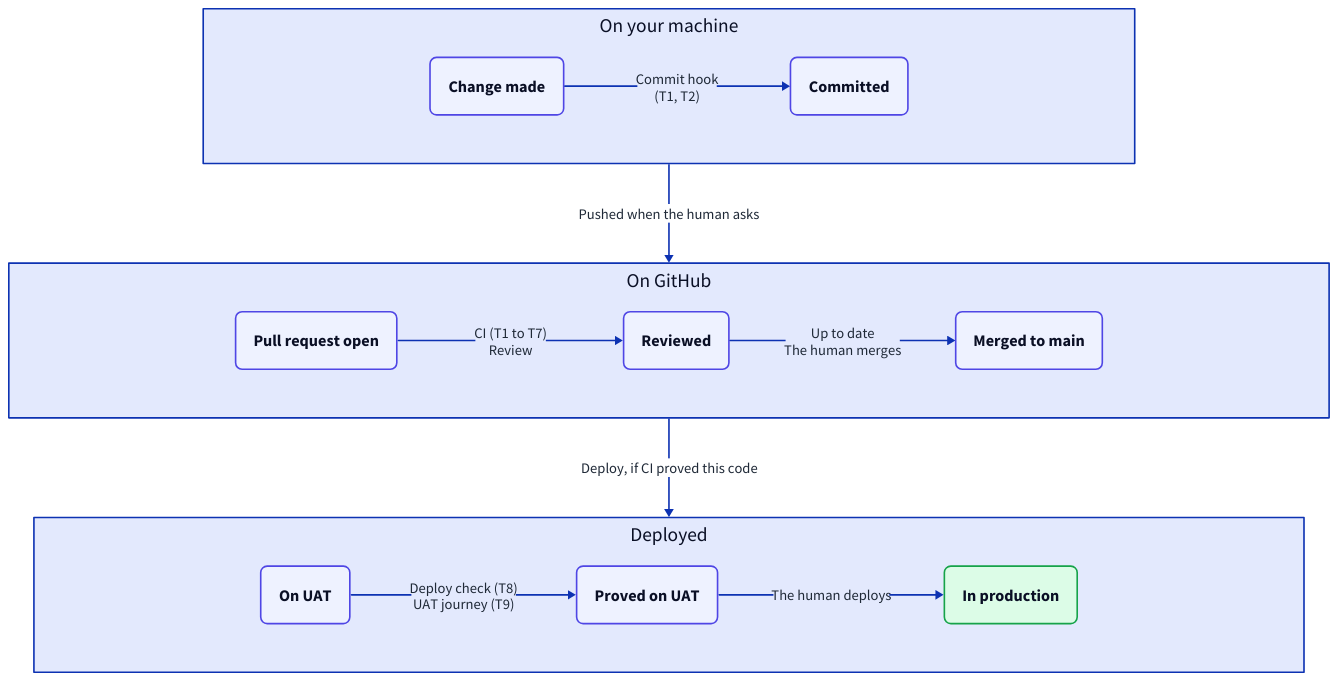
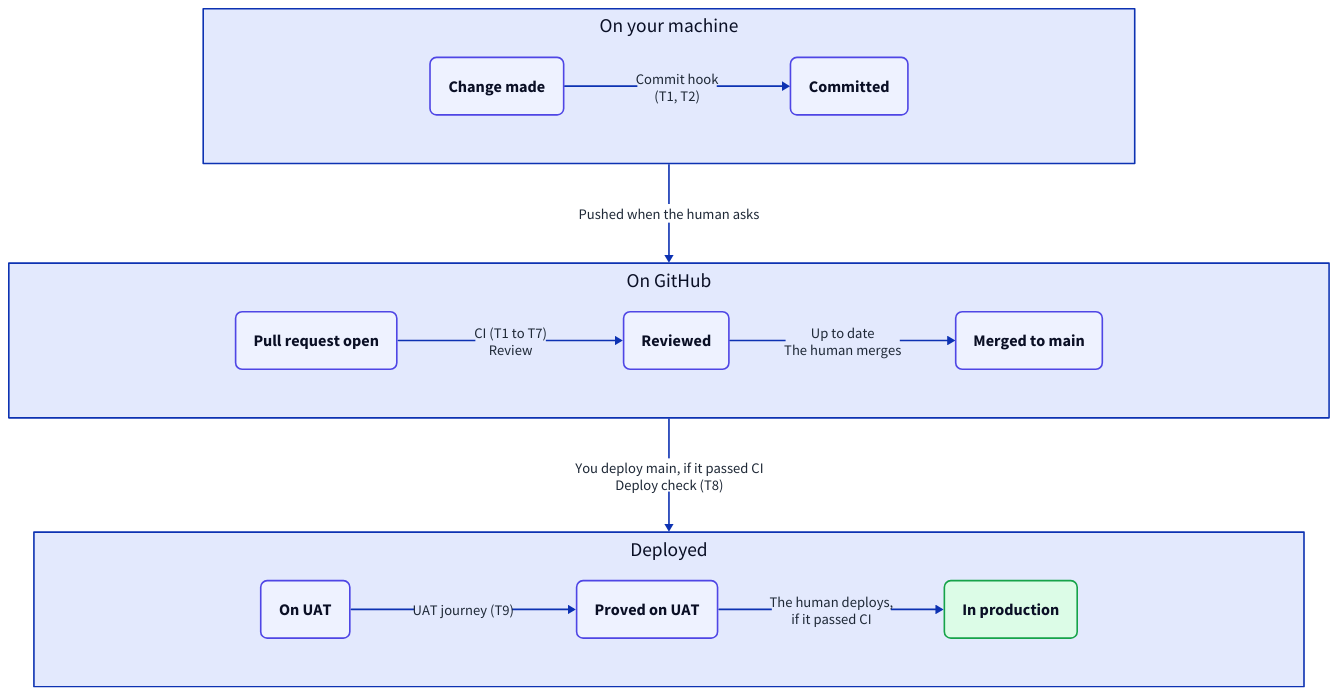
One commit to kasey-purvor/skills changed the diagram in set-up-sdlc/example_pipeline.d2. Above: the diagram before and after it, drawn with D2. The commit also changed 3 other files, not shown here.

Commit message:
set-up-sdlc: apply two readers' wording fixes to the example; record the flow questions they raised

```diff
--- a/set-up-sdlc/example_pipeline.d2
+++ b/set-up-sdlc/example_pipeline.d2
@@ -1,63 +1,63 @@
 # The route a change takes, for AGENTS-example.md.
 # Render to example_pipeline.png (layout elk, pad 40) whenever this changes.
 direction: down
 
 classes: {
   station: {
     style: {
       fill: "#eef2ff"
       stroke: "#4f46e5"
       border-radius: 8
       font-size: 20
     }
   }
   finish: {
     style: {
       fill: "#dcfce7"
       stroke: "#16a34a"
       border-radius: 8
       font-size: 20
     }
   }
   gate: {
     style: {
       font-size: 18
       font-color: "#1f2937"
       italic: false
     }
   }
 }
 
 local: On your machine {
   grid-rows: 1
   horizontal-gap: 280
   style.font-size: 24
   change: Change made {class: station}
   commit: Committed {class: station}
   change -> commit: Commit hook\n(T1, T2) {class: gate}
 }
 
 github: On GitHub {
   grid-rows: 1
   horizontal-gap: 280
   style.font-size: 24
   pr: Pull request open {class: station}
   reviewed: Reviewed {class: station}
   merged: Merged to main {class: station}
   pr -> reviewed: CI (T1 to T7)\nReview {class: gate}
   reviewed -> merged: Up to date\nThe human merges {class: gate}
 }
 
 deployed: Deployed {
   grid-rows: 1
   horizontal-gap: 280
   style.font-size: 24
   uat: On UAT {class: station}
   proved: Proved on UAT {class: station}
   prod: In production {class: finish}
-  uat -> proved: Deploy check (T8)\nUAT journey (T9) {class: gate}
-  proved -> prod: The human deploys {class: gate}
+  uat -> proved: UAT journey (T9) {class: gate}
+  proved -> prod: The human deploys,\nif it passed CI {class: gate}
 }
 
 local -> github: Pushed when the human asks {class: gate}
-github -> deployed: Deploy, if CI proved this code {class: gate}
+github -> deployed: You deploy main, if it passed CI\nDeploy check (T8) {class: gate}
```
